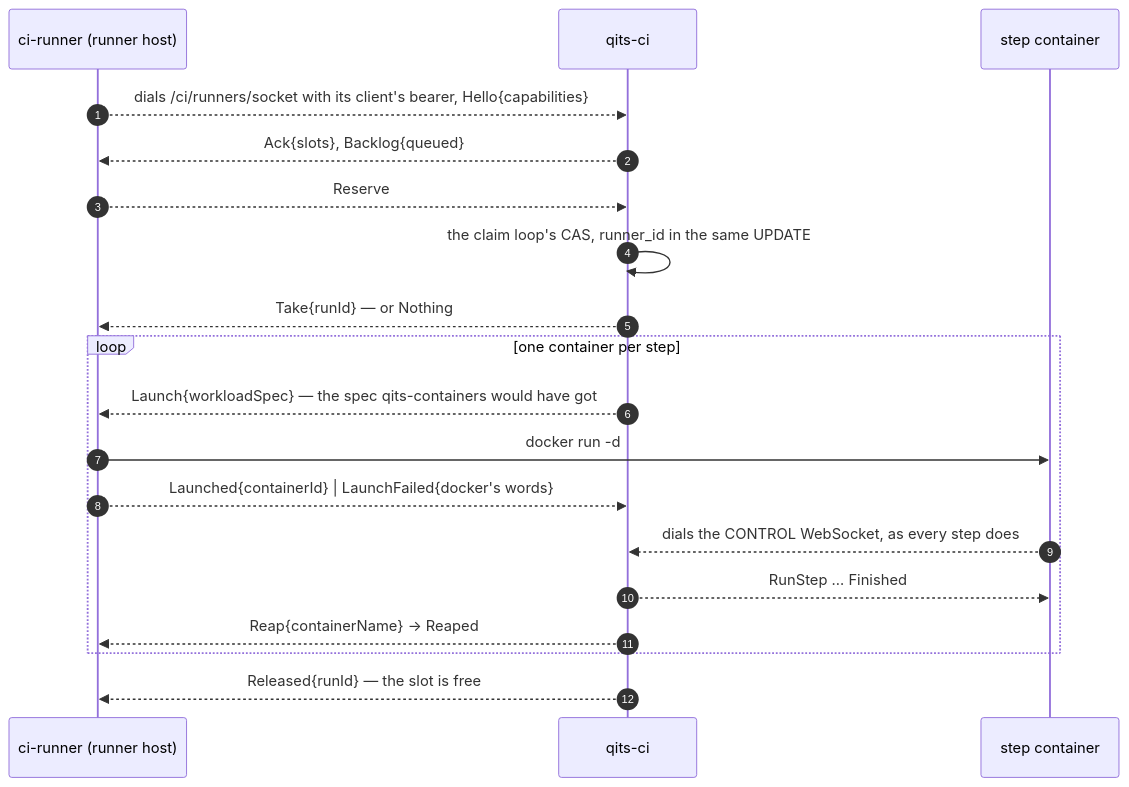
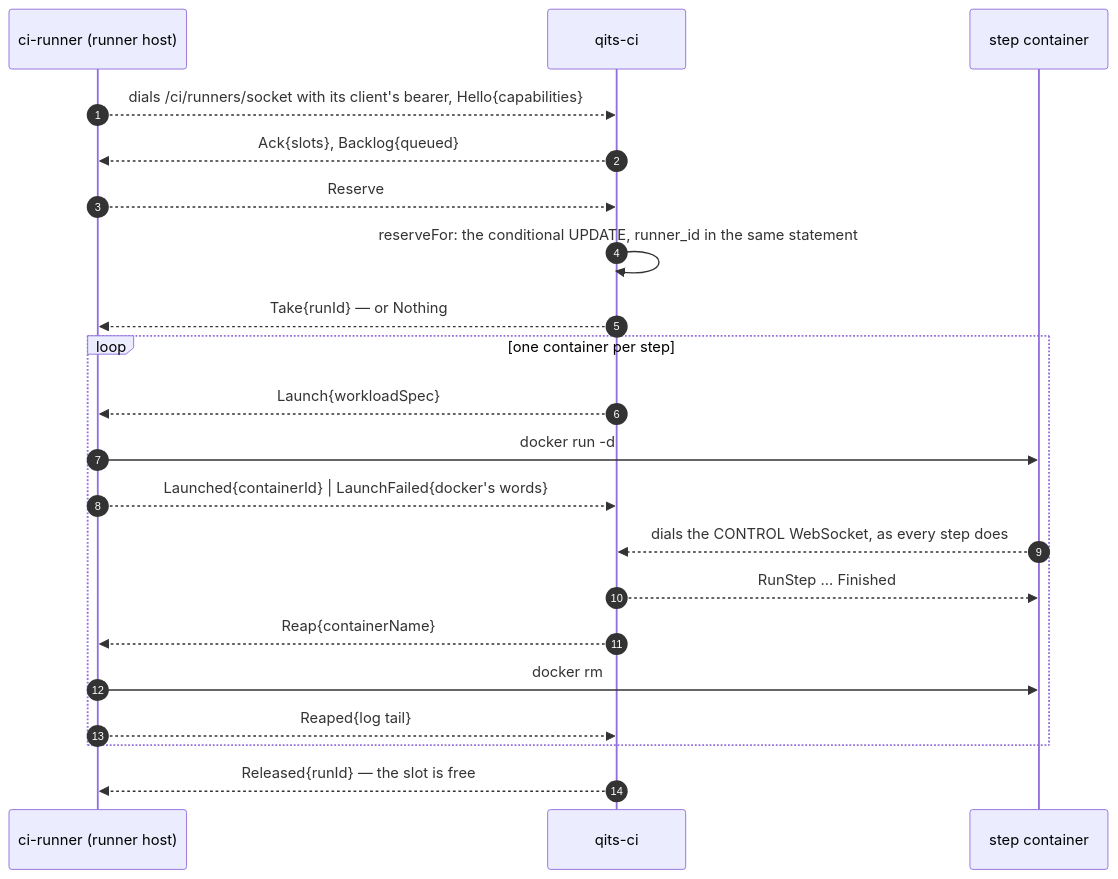
Before and after one commit to QuicklyIterateTheSoftware/qits-ci-service: the third of 4 diagrams in docs/step-execution-flow.md, drawn with Mermaid. The commit also changed other lines of this file and 129 other files, not shown here.

````diff
--- a/docs/step-execution-flow.md
+++ b/docs/step-execution-flow.md
@@ -111,22 +128,24 @@
 ```mermaid
 sequenceDiagram
     autonumber
     participant Runner as ci-runner (runner host)
     participant Ci as qits-ci
     participant Step as step container
 
     Runner-->>Ci: dials /ci/runners/socket with its client's bearer, Hello{capabilities}
     Ci-->>Runner: Ack{slots}, Backlog{queued}
     Runner-->>Ci: Reserve
-    Ci->>Ci: the claim loop's CAS, runner_id in the same UPDATE
+    Ci->>Ci: reserveFor: the conditional UPDATE, runner_id in the same statement
     Ci-->>Runner: Take{runId} — or Nothing
     loop one container per step
-        Ci-->>Runner: Launch{workloadSpec} — the spec qits-containers would have got
+        Ci-->>Runner: Launch{workloadSpec}
         Runner->>Step: docker run -d
         Runner-->>Ci: Launched{containerId} | LaunchFailed{docker's words}
         Step-->>Ci: dials the CONTROL WebSocket, as every step does
         Ci-->>Step: RunStep … Finished
-        Ci-->>Runner: Reap{containerName} → Reaped
+        Ci-->>Runner: Reap{containerName}
+        Runner->>Step: docker rm
+        Runner-->>Ci: Reaped{log tail}
     end
     Ci-->>Runner: Released{runId} — the slot is free
 ```
````
